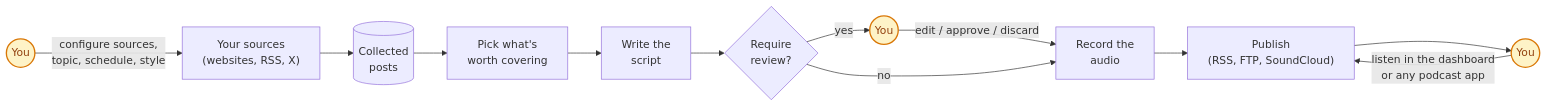
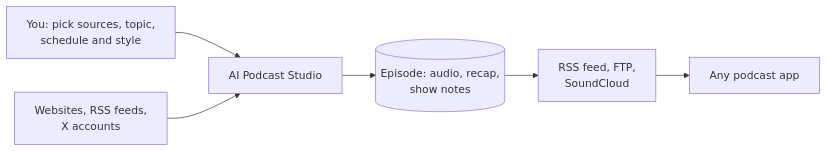
The first of 8 diagrams in README.md (sourcelabs-nl/ai-podcast-studio), drawn with Mermaid before and after one commit. The commit also changed other lines of this file and 8 other files, not shown here.

First line of the commit message:
docs(readme): put the pipeline stages up front and render every diagram

````diff
--- a/README.md
+++ b/README.md
@@ -13,16 +17,8 @@
 ```mermaid
-flowchart LR
-    H1(("You")):::human -->|configure sources,<br/>topic, schedule, style| A["Your sources<br/>(websites, RSS, X)"]
-    A --> B[("Collected<br/>posts")]
-    B --> C["Pick what's<br/>worth covering"]
-    C --> D["Write the<br/>script"]
-    D --> R{"Require<br/>review?"}
-    R -->|"yes"| H2(("You")):::human
-    H2 -->|"edit / approve / discard"| E["Record the<br/>audio"]
-    R -->|"no"| E
-    E --> F["Publish<br/>(RSS, FTP, SoundCloud)"]
-    F --> H3(("You")):::human
-    H3 -->|"listen in the dashboard<br/>or any podcast app"| F
-
-    classDef human fill:#fef3c7,stroke:#d97706,stroke-width:2px,color:#92400e
+graph LR
+    YOU["You: pick sources, topic,<br/>schedule and style"]:::consumer --> APP
+    SRC["Websites, RSS feeds,<br/>X accounts"]:::external --> APP
+    APP["AI Podcast Studio"]:::platform --> EP[("Episode: audio, recap,<br/>show notes")]:::datastore
+    EP --> OUT["RSS feed, FTP,<br/>SoundCloud"]:::external
+    OUT --> LISTEN["Any podcast app"]:::consumer
 ```
````
